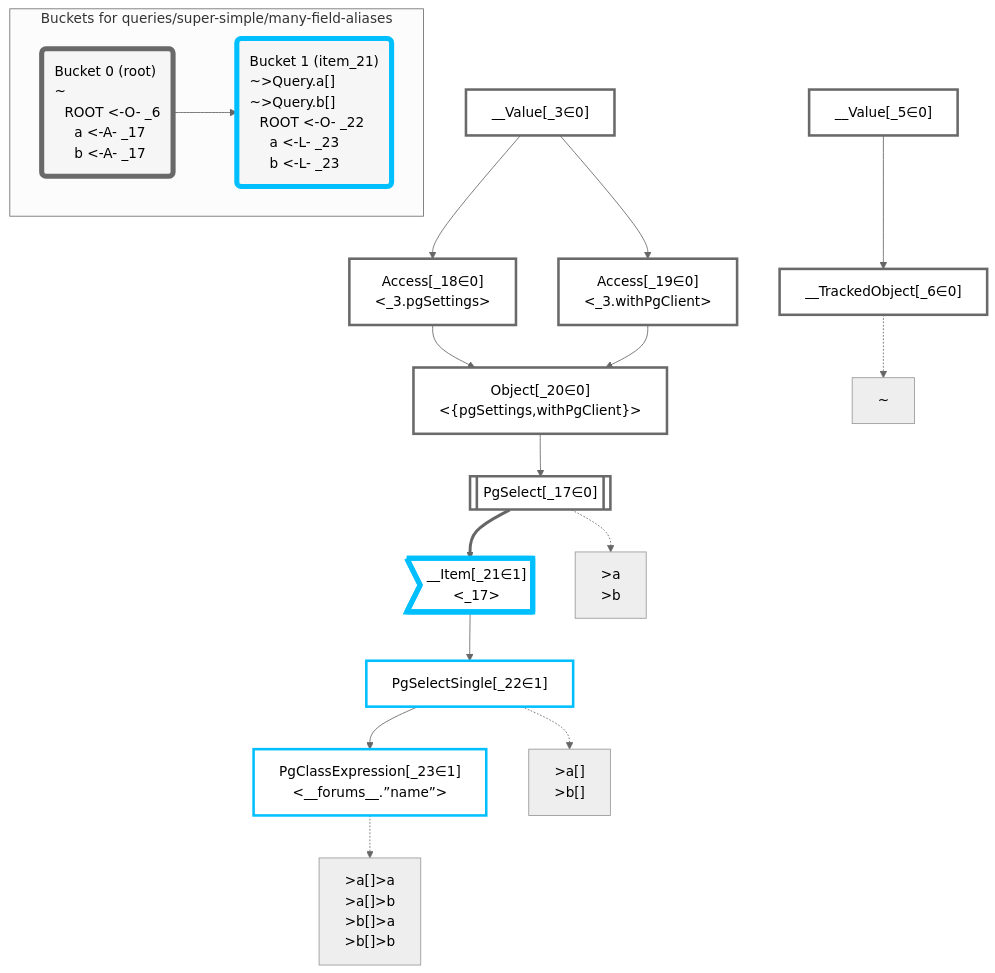
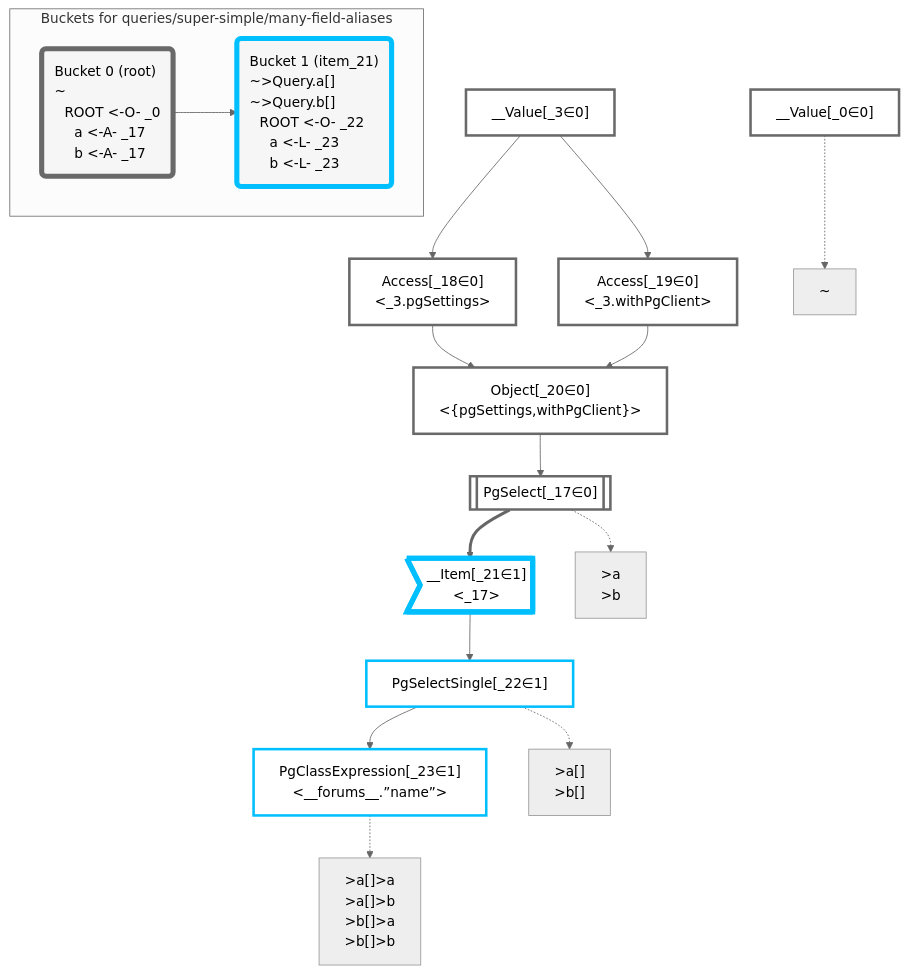
One commit to graphile/crystal changed the diagram in packages/dataplan-pg/__tests__/queries/super-simple/many-field-aliases.deopt.mermaid.md. Above: the diagram before and after it, drawn with Mermaid (neutral theme). The commit also changed 193 other files, not shown here.

Commit message:
Update test plan snapshots with new root plan

````diff
--- a/packages/dataplan-pg/__tests__/queries/super-simple/many-field-aliases.deopt.mermaid.md
+++ b/packages/dataplan-pg/__tests__/queries/super-simple/many-field-aliases.deopt.mermaid.md
@@ -1,56 +1,54 @@
 ```mermaid
 graph TD
     classDef path fill:#eee,stroke:#000,color:#000
     classDef plan fill:#fff,stroke-width:3px,color:#000
     classDef itemplan fill:#fff,stroke-width:6px,color:#000
     classDef sideeffectplan fill:#f00,stroke-width:6px,color:#000
     classDef bucket fill:#f6f6f6,color:#000,stroke-width:6px,text-align:left
 
 
     %% define plans
+    __Value_0["__Value[_0∈0]"]:::plan
     __Value_3["__Value[_3∈0]<br /><context>"]:::plan
-    __Value_5["__Value[_5∈0]<br /><rootValue>"]:::plan
-    __TrackedObject_6["__TrackedObject[_6∈0]"]:::plan
     PgSelect_17[["PgSelect[_17∈0]<br /><forums>"]]:::plan
     Access_18["Access[_18∈0]<br /><_3.pgSettings>"]:::plan
     Access_19["Access[_19∈0]<br /><_3.withPgClient>"]:::plan
     Object_20["Object[_20∈0]<br /><{pgSettings,withPgClient}>"]:::plan
     __Item_21>"__Item[_21∈1]<br /><_17>"]:::itemplan
     PgSelectSingle_22["PgSelectSingle[_22∈1]<br /><forums>"]:::plan
     PgClassExpression_23["PgClassExpression[_23∈1]<br /><__forums__.”name”>"]:::plan
 
     %% plan dependencies
-    __Value_5 --> __TrackedObject_6
     Object_20 --> PgSelect_17
     __Value_3 --> Access_18
     __Value_3 --> Access_19
     Access_18 --> Object_20
     Access_19 --> Object_20
     PgSelect_17 ==> __Item_21
     __Item_21 --> PgSelectSingle_22
     PgSelectSingle_22 --> PgClassExpression_23
 
     %% plan-to-path relationships
-    P_6["~"]
-    __TrackedObject_6 -.-> P_6
+    P_0["~"]
+    __Value_0 -.-> P_0
     P_17[">a<br />>b"]
     PgSelect_17 -.-> P_17
     P_22[">a[]<br />>b[]"]
     PgSelectSingle_22 -.-> P_22
     P_23[">a[]>a<br />>a[]>b<br />>b[]>a<br />>b[]>b"]
     PgClassExpression_23 -.-> P_23
 
     %% allocate buckets
     classDef bucket0 stroke:#696969
-    class __Value_3,__Value_5,__TrackedObject_6,PgSelect_17,Access_18,Access_19,Object_20 bucket0
+    class __Value_0,__Value_3,PgSelect_17,Access_18,Access_19,Object_20 bucket0
     classDef bucket1 stroke:#00bfff
     class __Item_21,PgSelectSingle_22,PgClassExpression_23 bucket1
 
     subgraph "Buckets for queries/super-simple/many-field-aliases"
-    Bucket0("Bucket 0 (root)<br />~<br />⠀ROOT <-O- _6<br />⠀⠀a <-A- _17<br />⠀⠀b <-A- _17"):::bucket
+    Bucket0("Bucket 0 (root)<br />~<br />⠀ROOT <-O- _0<br />⠀⠀a <-A- _17<br />⠀⠀b <-A- _17"):::bucket
     style Bucket0 stroke:#696969
     Bucket1("Bucket 1 (item_21)<br />~>Query.a[]<br />~>Query.b[]<br />⠀ROOT <-O- _22<br />⠀⠀a <-L- _23<br />⠀⠀b <-L- _23"):::bucket
     style Bucket1 stroke:#00bfff
     Bucket0 --> Bucket1
     end
 ```
````
